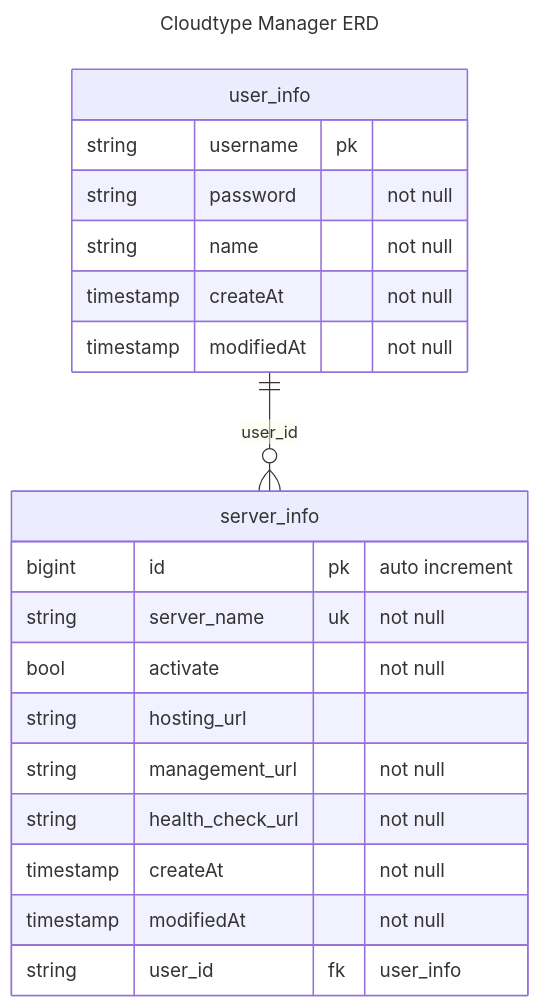
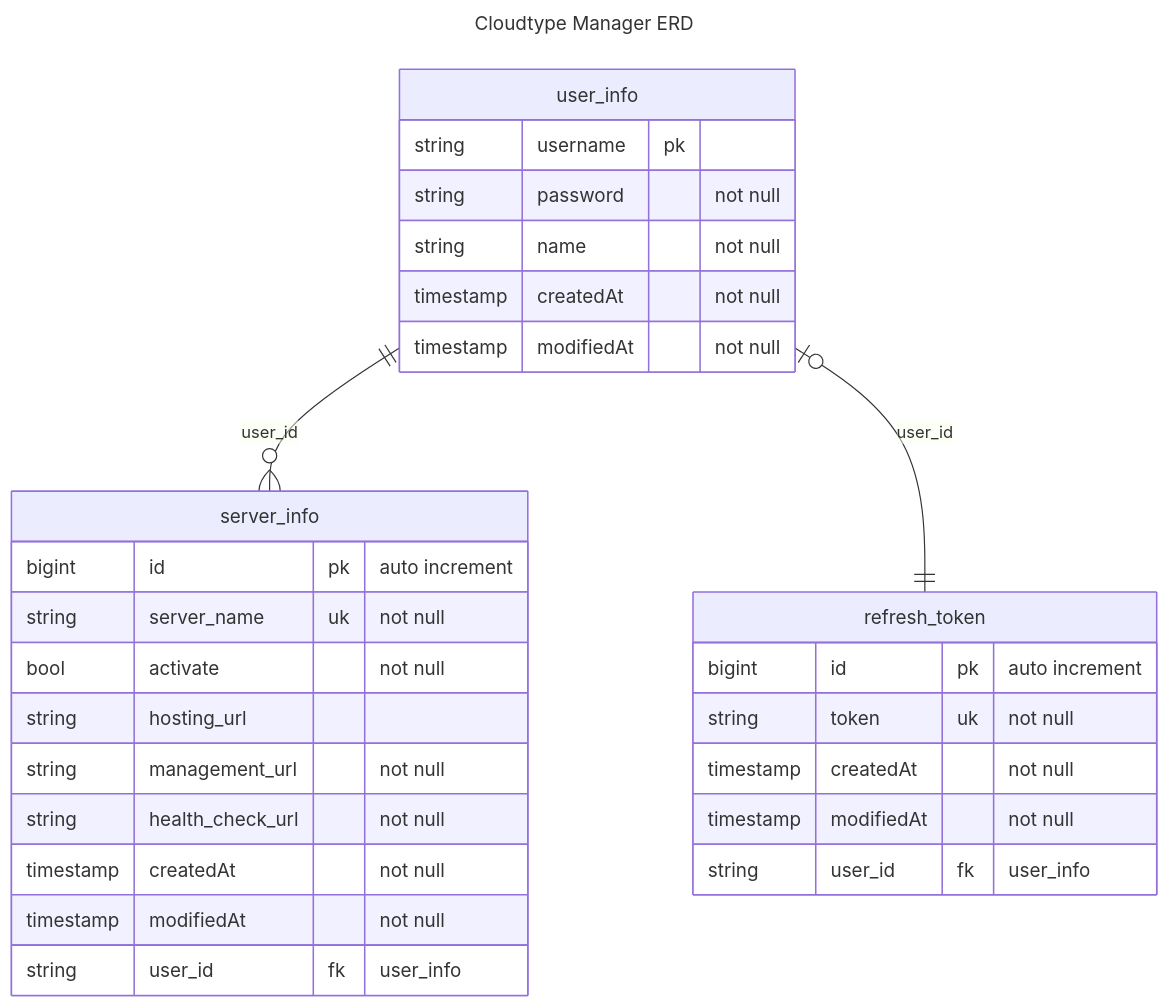
The diagram in cloudtype-manager-api/README.md (GuardJo/cloudtype-manager), drawn with Mermaid before and after one commit. The commit also changed 5 other files, not shown here.

First line of the commit message:
[BE] #35 refreshToken 관리를 위한 별도 테이블 구성

````diff
--- a/cloudtype-manager-api/README.md
+++ b/cloudtype-manager-api/README.md
@@ -26,27 +26,36 @@
 ```mermaid
 ---
 title: Cloudtype Manager ERD
 ---
 erDiagram
     user_info {
 string username pk
     string password "not null"
 string name "not null"
-timestamp createAt "not null"
+timestamp createdAt "not null"
 timestamp modifiedAt "not null"
 }
 
 server_info {
 bigint id pk "auto increment"
 string server_name uk "not null"
 bool activate "not null"
 string hosting_url
 string management_url "not null"
 string health_check_url "not null"
-timestamp createAt "not null"
+timestamp createdAt "not null"
+timestamp modifiedAt "not null"
+string user_id fk "user_info"
+}
+
+refresh_token {
+bigint id pk "auto increment"
+string token uk "not null"
+timestamp createdAt "not null"
 timestamp modifiedAt "not null"
 string user_id fk "user_info"
 }
 
 user_info ||--o{ server_info: "user_id"
+user_info o|--|| refresh_token: "user_id"
 ```
````
